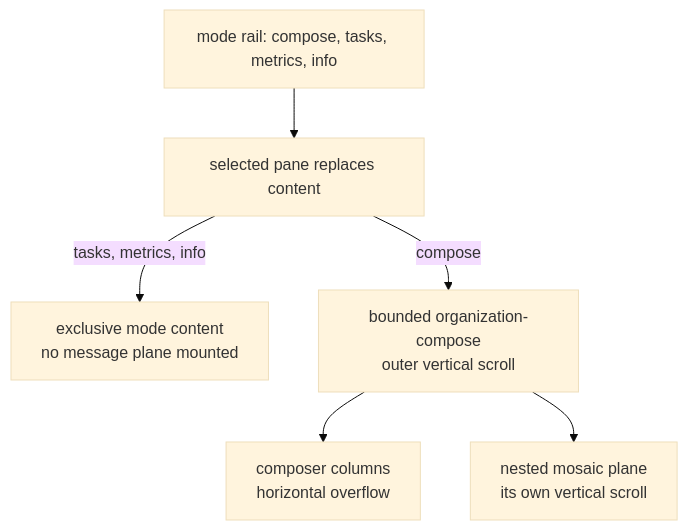
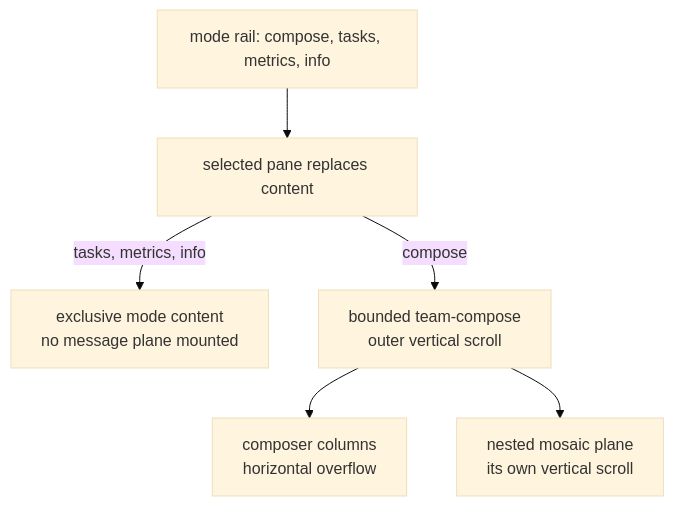
Diagram 20 of 25 in docs/product/value.md (infimalabs/spice-rust), drawn with Mermaid (base theme) before and after one commit. The commit also changed other lines of this file and 235 other files, not shown here.

````diff
--- a/docs/product/value.md
+++ b/docs/product/value.md
@@ -517,8 +517,8 @@
 ```mermaid
 flowchart TD
   R["mode rail: compose, tasks, metrics, info"] --> P["selected pane replaces content"]
   P -- "tasks, metrics, info" --> X["exclusive mode content<br/>no message plane mounted"]
-  P -- "compose" --> C["bounded organization-compose<br/>outer vertical scroll"]
+  P -- "compose" --> C["bounded team-compose<br/>outer vertical scroll"]
   C --> H["composer columns<br/>horizontal overflow"]
   C --> S["nested mosaic plane<br/>its own vertical scroll"]
 ```
````
